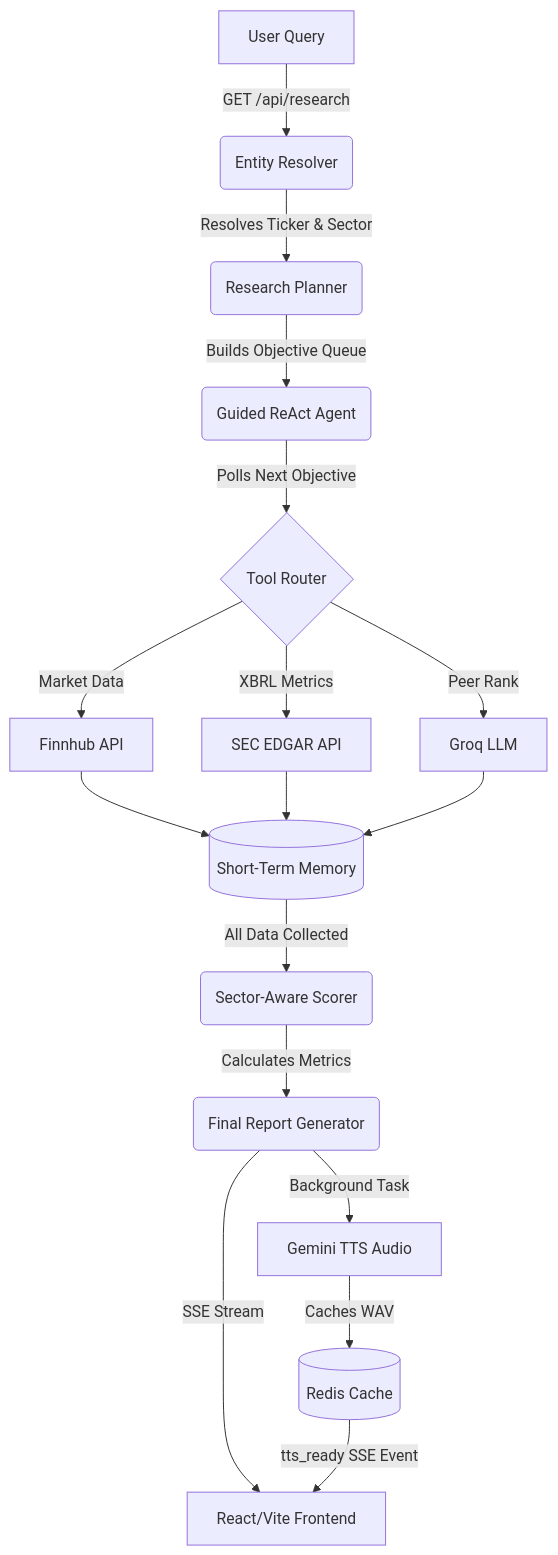
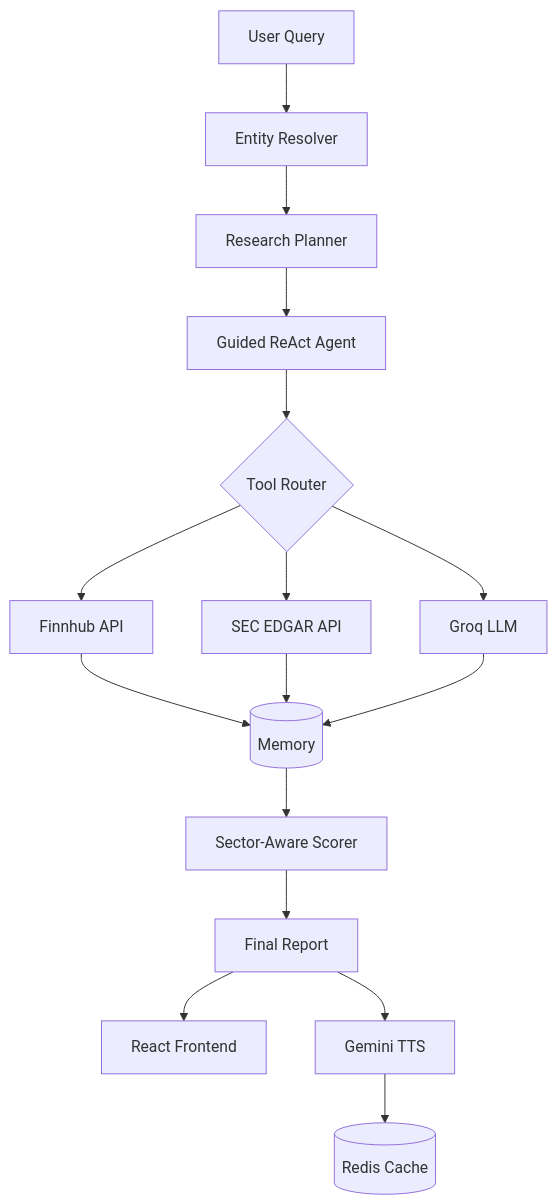
One commit to ashish3120/AI-Investment-Agent changed the diagram in README.md. Above: the diagram before and after it, drawn with Mermaid.

Commit message:
fix: Simplify Mermaid diagram to resolve GitHub rendering error

````diff
--- a/README.md
+++ b/README.md
@@ -19,23 +19,23 @@
 ```mermaid
 graph TD
-    A[User Query] -->|GET /api/research| B(Entity Resolver)
-    B -->|Resolves Ticker & Sector| C(Research Planner)
-    C -->|Builds Objective Queue| D(Guided ReAct Agent)
-    D -->|Polls Next Objective| E{Tool Router}
+    UserQuery[User Query] --> EntityResolver[Entity Resolver]
+    EntityResolver --> Planner[Research Planner]
+    Planner --> Agent[Guided ReAct Agent]
     
-    E -->|Market Data| F[Finnhub API]
-    E -->|XBRL Metrics| G[SEC EDGAR API]
-    E -->|Peer Rank| H[Groq LLM]
+    Agent --> Router{Tool Router}
     
-    F --> I[(Short-Term Memory)]
-    G --> I
-    H --> I
+    Router --> Finnhub[Finnhub API]
+    Router --> Edgar[SEC EDGAR API]
+    Router --> Groq[Groq LLM]
     
-    I -->|All Data Collected| J(Sector-Aware Scorer)
-    J -->|Calculates Metrics| K(Final Report Generator)
+    Finnhub --> Memory[(Memory)]
+    Edgar --> Memory
+    Groq --> Memory
     
-    K -->|SSE Stream| L[React/Vite Frontend]
-    K -->|Background Task| M[Gemini TTS Audio]
-    M -->|Caches WAV| N[(Redis Cache)]
-    N -->|tts_ready SSE Event| L
+    Memory --> Scorer[Sector-Aware Scorer]
+    Scorer --> Report[Final Report]
+    
+    Report --> Frontend[React Frontend]
+    Report --> TTS[Gemini TTS]
+    TTS --> Redis[(Redis Cache)]
 ```
````
